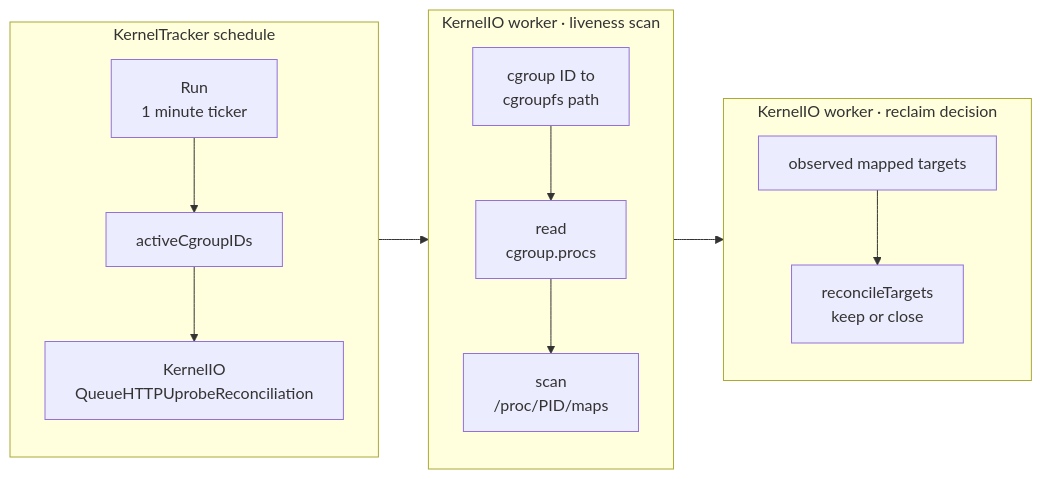
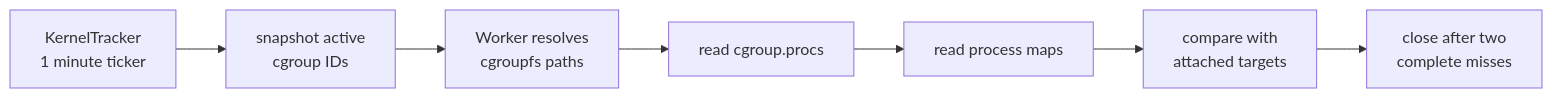
One commit to cicd-sensor/cicd-sensor changed the fourth of 4 diagrams in docs/developer-guide/ebpf/http-uprobes.md. Above: the diagram before and after it, drawn with Mermaid. The commit also changed other lines of this file and 2 other files, not shown here.

````diff
--- a/docs/developer-guide/ebpf/http-uprobes.md
+++ b/docs/developer-guide/ebpf/http-uprobes.md
@@ -236,28 +191,12 @@
 ```mermaid
 flowchart LR
-    subgraph SCHEDULE["KernelTracker schedule"]
-        direction TB
-        T["Run<br/>1 minute ticker"]
-        IDS["activeCgroupIDs"]
-        Q["KernelIO<br/>QueueHTTPUprobeReconciliation"]
-        T --> IDS --> Q
-    end
+    TICK["KernelTracker<br/>1 minute ticker"]
+    IDS["snapshot active<br/>cgroup IDs"]
+    PATHS["Worker resolves<br/>cgroupfs paths"]
+    PIDS["read cgroup.procs"]
+    MAPS["read process maps"]
+    COMPARE["compare with<br/>attached targets"]
+    CLOSE["close after two<br/>complete misses"]
 
-    subgraph SCAN["KernelIO worker · liveness scan"]
-        direction TB
-        PATHS["cgroup ID to<br/>cgroupfs path"]
-        PIDS["read<br/>cgroup.procs"]
-        MAPS["scan<br/>/proc/PID/maps"]
-        PATHS --> PIDS --> MAPS
-    end
-
-    subgraph DECIDE["KernelIO worker · reclaim decision"]
-        direction TB
-        OBS["observed mapped targets"]
-        APPLY["reconcileTargets<br/>keep or close"]
-        OBS --> APPLY
-    end
-
-    Q --> PATHS
-    MAPS --> OBS
+    TICK --> IDS --> PATHS --> PIDS --> MAPS --> COMPARE --> CLOSE
 ```
````
